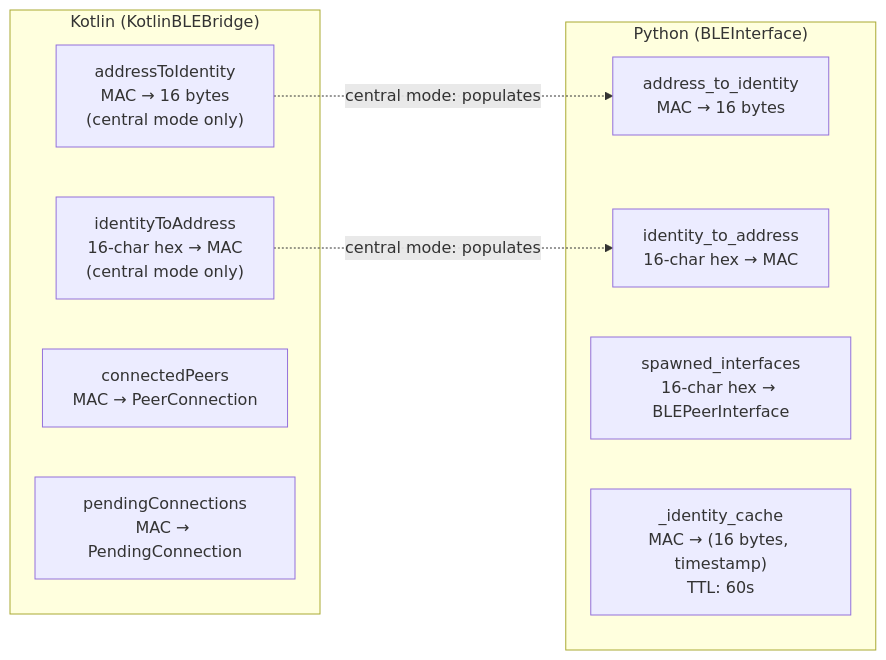
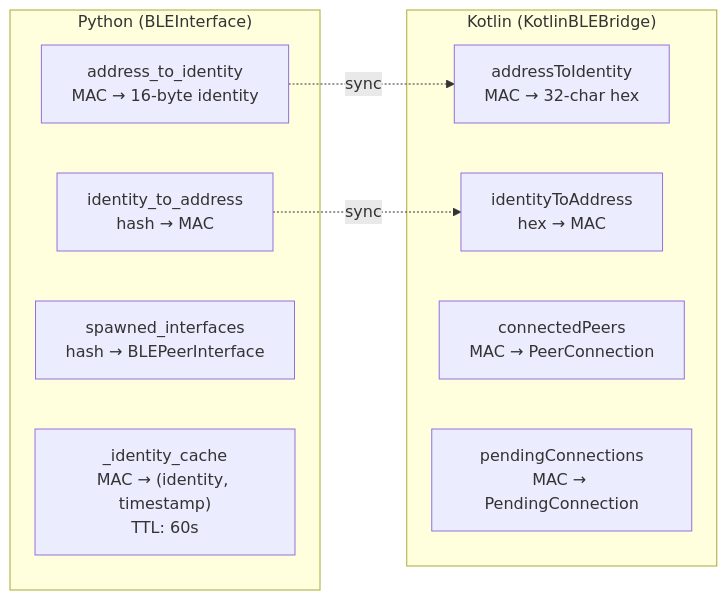
The seventh of 17 diagrams in docs/ble-architecture.md (derpyspike/columba), drawn with Mermaid before and after one commit. The commit also changed other lines of this file, not shown here.

Commit message:
docs(ble): improve architecture diagram layout and structure

````diff
--- a/docs/ble-architecture.md
+++ b/docs/ble-architecture.md
@@ -364,19 +267,19 @@
 ```mermaid
 flowchart LR
     subgraph Python["Python (BLEInterface)"]
-        P_A2I["address_to_identity<br/>MAC → 16 bytes"]
-        P_I2A["identity_to_address<br/>16-char hex → MAC"]
-        P_SI["spawned_interfaces<br/>16-char hex → BLEPeerInterface"]
-        P_Cache["_identity_cache<br/>MAC → (16 bytes, timestamp)<br/>TTL: 60s"]
+        P_A2I["address_to_identity<br/>MAC → 16-byte identity"]
+        P_I2A["identity_to_address<br/>hash → MAC"]
+        P_SI["spawned_interfaces<br/>hash → BLEPeerInterface"]
+        P_Cache["_identity_cache<br/>MAC → (identity, timestamp)<br/>TTL: 60s"]
     end
 
     subgraph Kotlin["Kotlin (KotlinBLEBridge)"]
-        K_A2I["addressToIdentity<br/>MAC → 16 bytes<br/>(central mode only)"]
-        K_I2A["identityToAddress<br/>16-char hex → MAC<br/>(central mode only)"]
+        K_A2I["addressToIdentity<br/>MAC → 32-char hex"]
+        K_I2A["identityToAddress<br/>hex → MAC"]
         K_Peers["connectedPeers<br/>MAC → PeerConnection"]
         K_Pending["pendingConnections<br/>MAC → PendingConnection"]
     end
 
-    K_A2I -.->|"central mode: populates"| P_A2I
-    K_I2A -.->|"central mode: populates"| P_I2A
+    P_A2I -.->|sync| K_A2I
+    P_I2A -.->|sync| K_I2A
 ```
````
